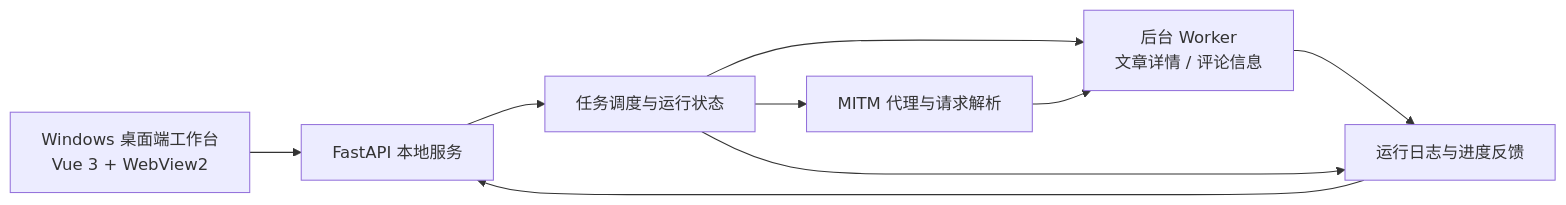
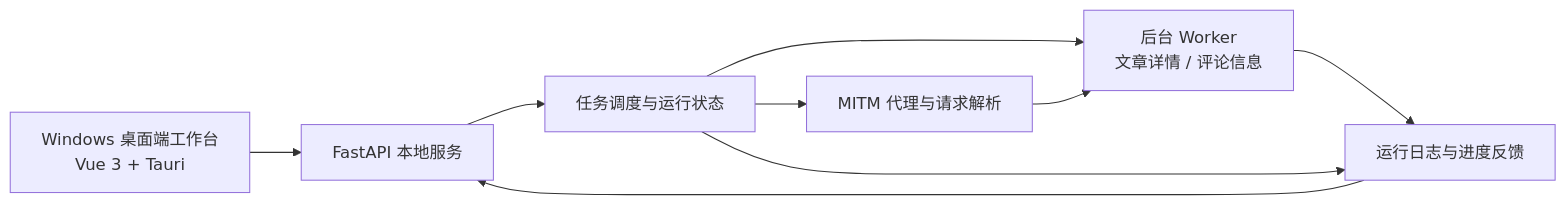
Before and after one commit to yeximm/Access_wechat_article: the diagram in README.md, drawn with Mermaid. The commit also changed other lines of this file and 23 other files, not shown here.

````diff
--- a/README.md
+++ b/README.md
@@ -138,12 +138,12 @@
 ```mermaid
 flowchart LR
-    A["Windows 桌面端工作台<br/>Vue 3 + WebView2"]
+    A["Windows 桌面端工作台<br/>Vue 3 + Tauri"]
     A --> B["FastAPI 本地服务"]
     B --> C["任务调度与运行状态"]
     C --> D["MITM 代理与请求解析"]
     C --> E["后台 Worker<br/>文章详情 / 评论信息"]
     D --> E
     E --> F["结构化字段记录"]
     C --> F["运行日志与进度反馈"]
     F --> B
 ```
````
